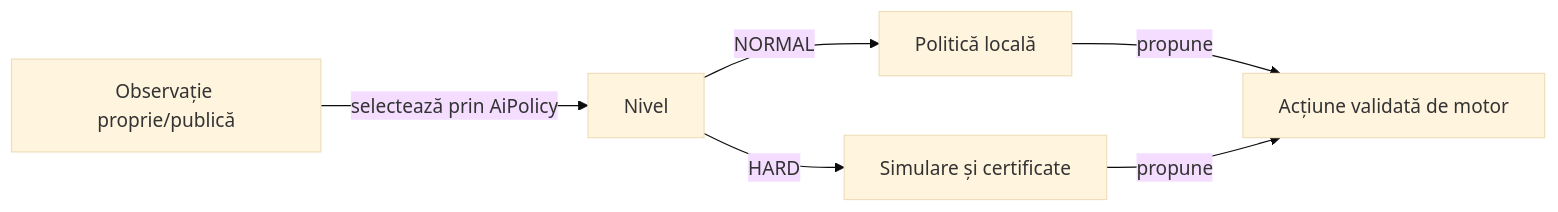
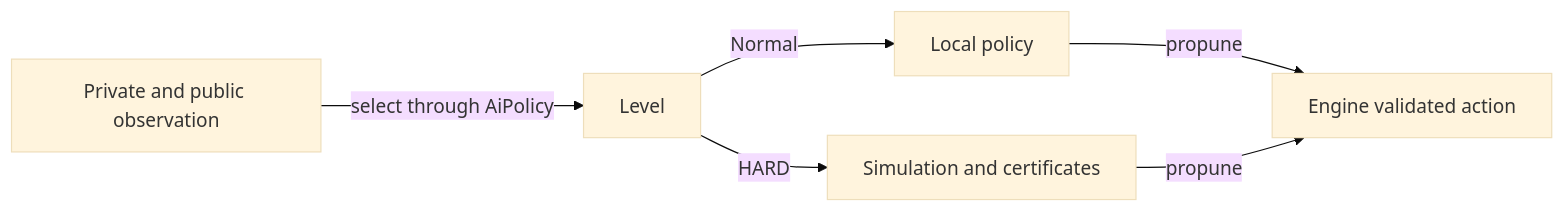
The diagram in docs/game/ATF_Levels.md (crististefanita/atf_j4), drawn with Mermaid (base theme) before and after one commit. The commit also changed other lines of this file and 122 other files, not shown here.

````diff
--- a/docs/game/ATF_Levels.md
+++ b/docs/game/ATF_Levels.md
@@ -9,8 +9,8 @@
 ```mermaid
 flowchart LR
-    OBS[Observație proprie/publică] -->|selectează prin AiPolicy| LEVEL[Nivel]
-    LEVEL -->|NORMAL| NORMAL[Politică locală]
-    LEVEL -->|HARD| HARD[Simulare și certificate]
-    NORMAL -->|propune| LEGAL[Acțiune validată de motor]
+    OBS[Private and public observation] -->|select through AiPolicy| LEVEL[Level]
+    LEVEL -->|Normal| NORMAL[Local policy]
+    LEVEL -->|HARD| HARD[Simulation and certificates]
+    NORMAL -->|propune| LEGAL[Engine validated action]
     HARD -->|propune| LEGAL
 ```
````
